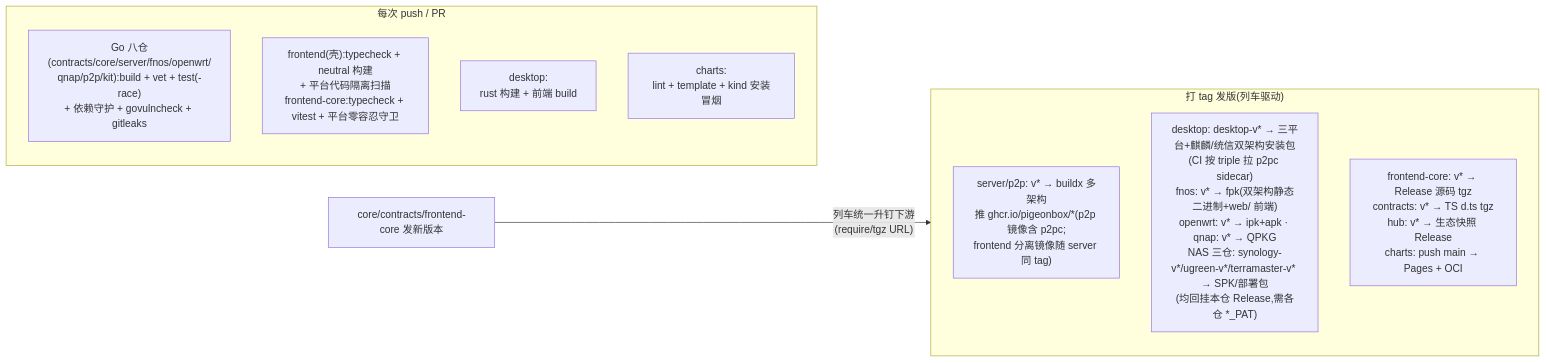
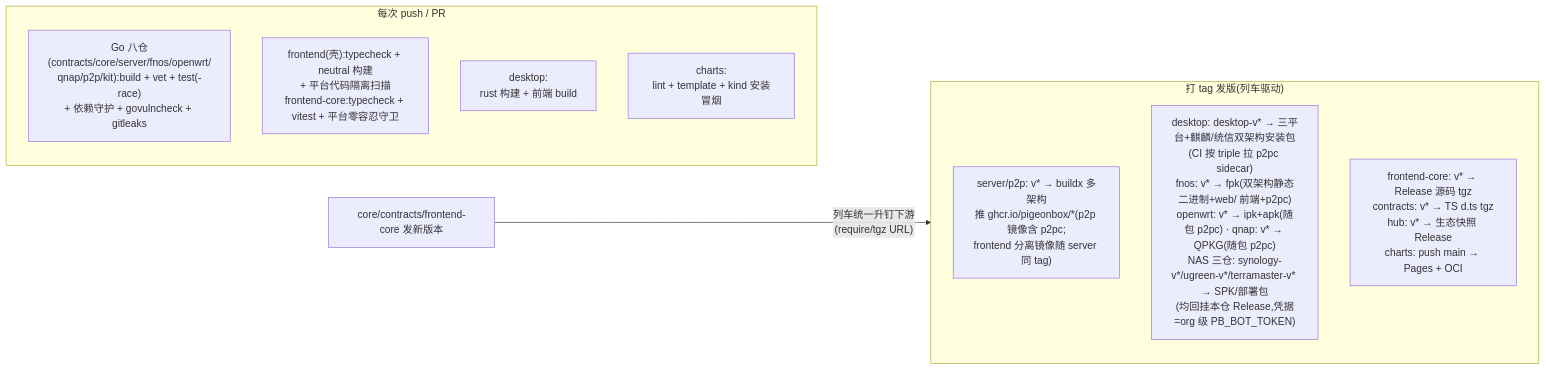
Before and after one commit to pigeonbox/pigeonbox: the tenth of 10 diagrams in docs/architecture.md, drawn with Mermaid. The commit also changed other lines of this file and 12 other files, not shown here.

````diff
--- a/docs/architecture.md
+++ b/docs/architecture.md
@@ -330,15 +348,15 @@
 ```mermaid
 flowchart LR
     subgraph PR["每次 push / PR"]
         GO["Go 八仓(contracts/core/server/fnos/openwrt/<br/>qnap/p2p/kit):build + vet + test(-race)<br/>+ 依赖守护 + govulncheck + gitleaks"]
         FECI["frontend(壳):typecheck + neutral 构建<br/>+ 平台代码隔离扫描<br/>frontend-core:typecheck + vitest + 平台零容忍守卫"]
         DSK["desktop:<br/>rust 构建 + 前端 build"]
         CHT["charts:<br/>lint + template + kind 安装冒烟"]
     end
     subgraph REL["打 tag 发版(列车驱动)"]
         IMG["server/p2p: v* → buildx 多架构<br/>推 ghcr.io/pigeonbox/*(p2p 镜像含 p2pc;<br/>frontend 分离镜像随 server 同 tag)"]
-        BIN["desktop: desktop-v* → 三平台+麒麟/统信双架构安装包<br/>(CI 按 triple 拉 p2pc sidecar)<br/>fnos: v* → fpk(双架构静态二进制+web/ 前端)<br/>openwrt: v* → ipk+apk · qnap: v* → QPKG<br/>NAS 三仓: synology-v*/ugreen-v*/terramaster-v* → SPK/部署包<br/>(均回挂本仓 Release,需各仓 *_PAT)"]
+        BIN["desktop: desktop-v* → 三平台+麒麟/统信双架构安装包<br/>(CI 按 triple 拉 p2pc sidecar)<br/>fnos: v* → fpk(双架构静态二进制+web/ 前端+p2pc)<br/>openwrt: v* → ipk+apk(随包 p2pc) · qnap: v* → QPKG(随包 p2pc)<br/>NAS 三仓: synology-v*/ugreen-v*/terramaster-v* → SPK/部署包<br/>(均回挂本仓 Release,凭据=org 级 PB_BOT_TOKEN)"]
         PUB["frontend-core: v* → Release 源码 tgz<br/>contracts: v* → TS d.ts tgz<br/>hub: v* → 生态快照 Release<br/>charts: push main → Pages + OCI"]
     end
     COREDEV["core/contracts/frontend-core 发新版本"] -->|"列车统一升钉下游<br/>(require/tgz URL)"| REL
 ```
````
